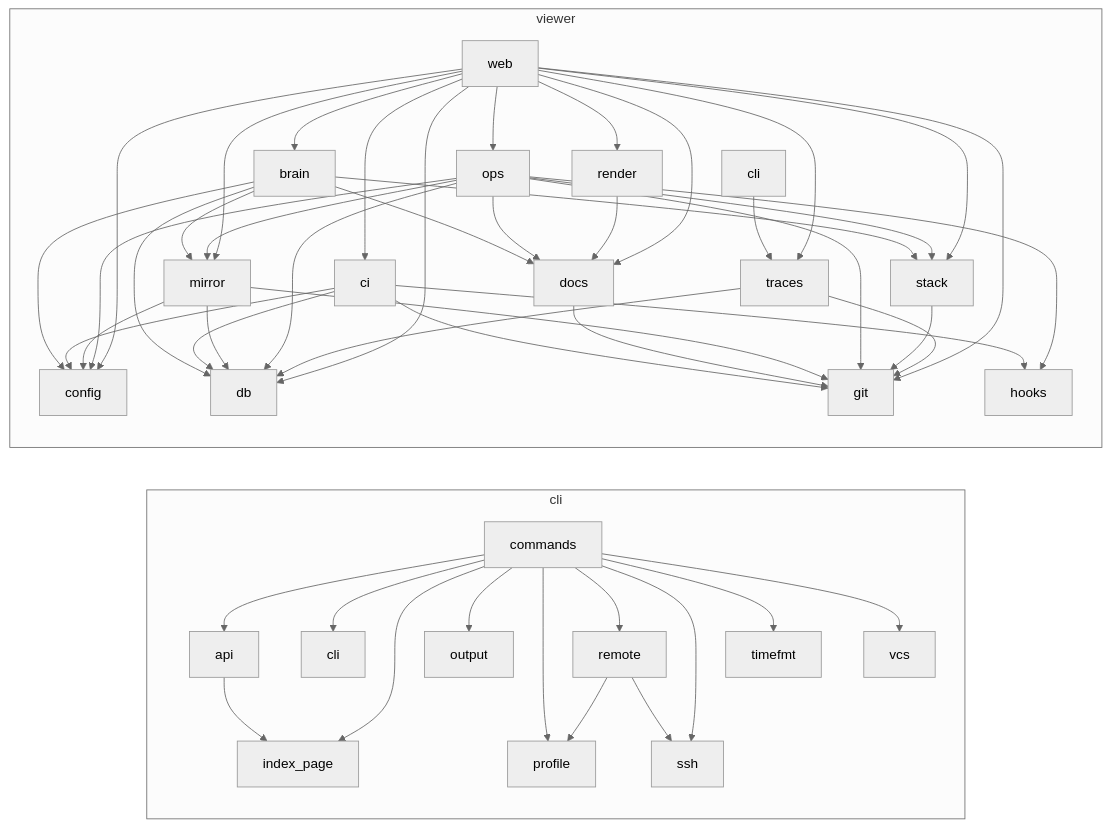
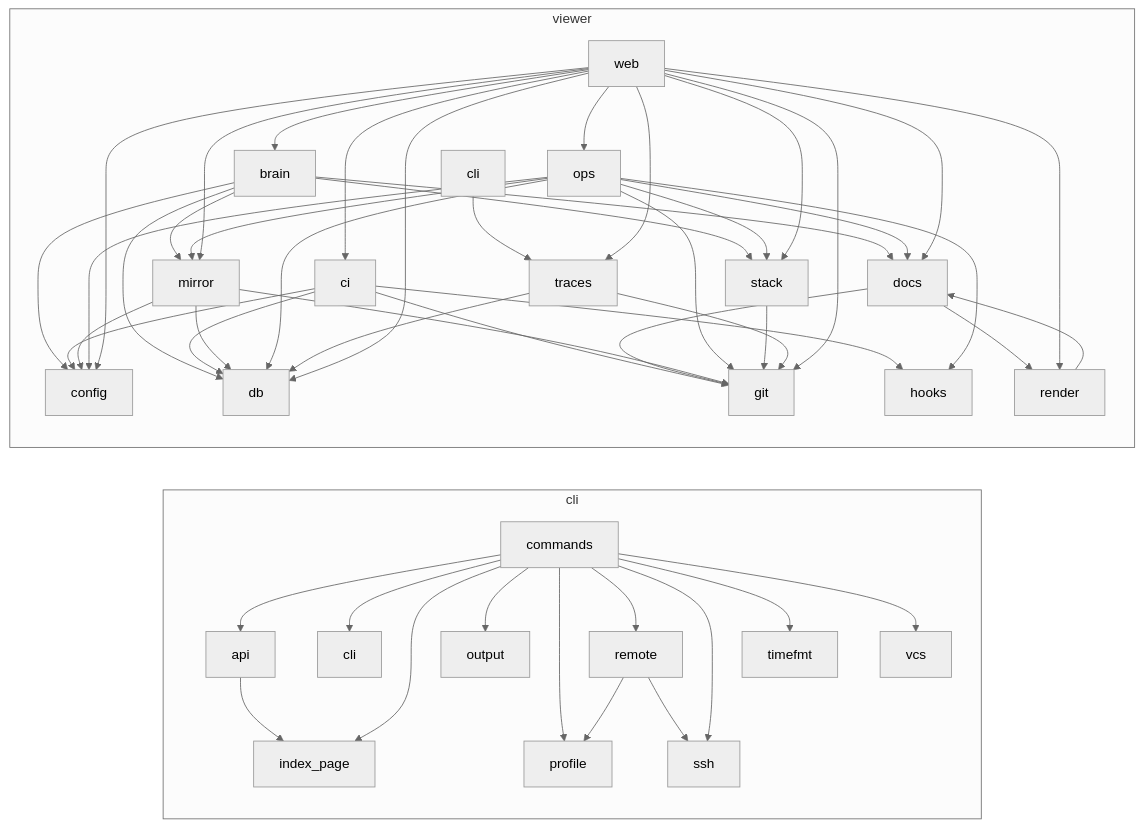
The second of 2 diagrams in ARCHITECTURE.md (matthiasdebernardini/nashcode), drawn with Mermaid (neutral theme) before and after one commit. The commit also changed 1 other file, not shown here.

Commit message:
COORDINATION: browser+wiki stream landed

````diff
--- a/ARCHITECTURE.md
+++ b/ARCHITECTURE.md
@@ -40,79 +40,80 @@
 ```mermaid
 graph LR
   subgraph cli
     cli_api[api]
     cli_cli[cli]
     cli_commands[commands]
     cli_index_page[index_page]
     cli_output[output]
     cli_profile[profile]
     cli_remote[remote]
     cli_ssh[ssh]
     cli_timefmt[timefmt]
     cli_vcs[vcs]
   end
   cli_api --> cli_index_page
   cli_commands --> cli_api
   cli_commands --> cli_cli
   cli_commands --> cli_index_page
   cli_commands --> cli_output
   cli_commands --> cli_profile
   cli_commands --> cli_remote
   cli_commands --> cli_ssh
   cli_commands --> cli_timefmt
   cli_commands --> cli_vcs
   cli_remote --> cli_profile
   cli_remote --> cli_ssh
   subgraph viewer
     viewer_brain[brain]
     viewer_ci[ci]
     viewer_cli[cli]
     viewer_config[config]
     viewer_db[db]
     viewer_docs[docs]
     viewer_git[git]
     viewer_hooks[hooks]
     viewer_mirror[mirror]
     viewer_ops[ops]
     viewer_render[render]
     viewer_stack[stack]
     viewer_traces[traces]
     viewer_web[web]
   end
   viewer_brain --> viewer_config
   viewer_brain --> viewer_db
   viewer_brain --> viewer_docs
   viewer_brain --> viewer_mirror
   viewer_brain --> viewer_stack
   viewer_ci --> viewer_config
   viewer_ci --> viewer_db
   viewer_ci --> viewer_git
   viewer_ci --> viewer_hooks
   viewer_cli --> viewer_traces
   viewer_docs --> viewer_git
+  viewer_docs --> viewer_render
   viewer_mirror --> viewer_config
   viewer_mirror --> viewer_db
   viewer_mirror --> viewer_git
   viewer_ops --> viewer_config
   viewer_ops --> viewer_db
   viewer_ops --> viewer_docs
   viewer_ops --> viewer_git
   viewer_ops --> viewer_hooks
   viewer_ops --> viewer_mirror
   viewer_ops --> viewer_stack
   viewer_render --> viewer_docs
   viewer_stack --> viewer_git
   viewer_traces --> viewer_db
   viewer_traces --> viewer_git
   viewer_web --> viewer_brain
   viewer_web --> viewer_ci
   viewer_web --> viewer_config
   viewer_web --> viewer_db
   viewer_web --> viewer_docs
   viewer_web --> viewer_git
   viewer_web --> viewer_mirror
   viewer_web --> viewer_ops
   viewer_web --> viewer_render
   viewer_web --> viewer_stack
   viewer_web --> viewer_traces
 ```
````
